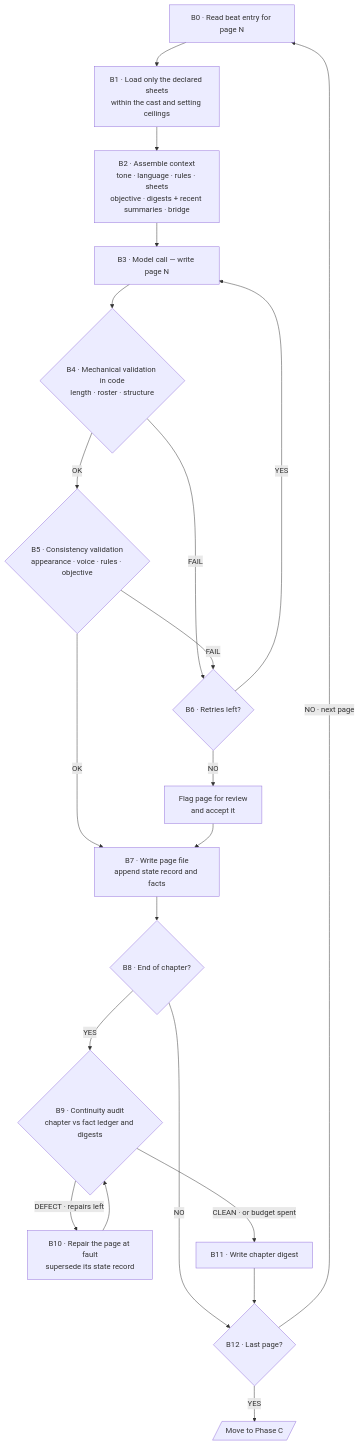
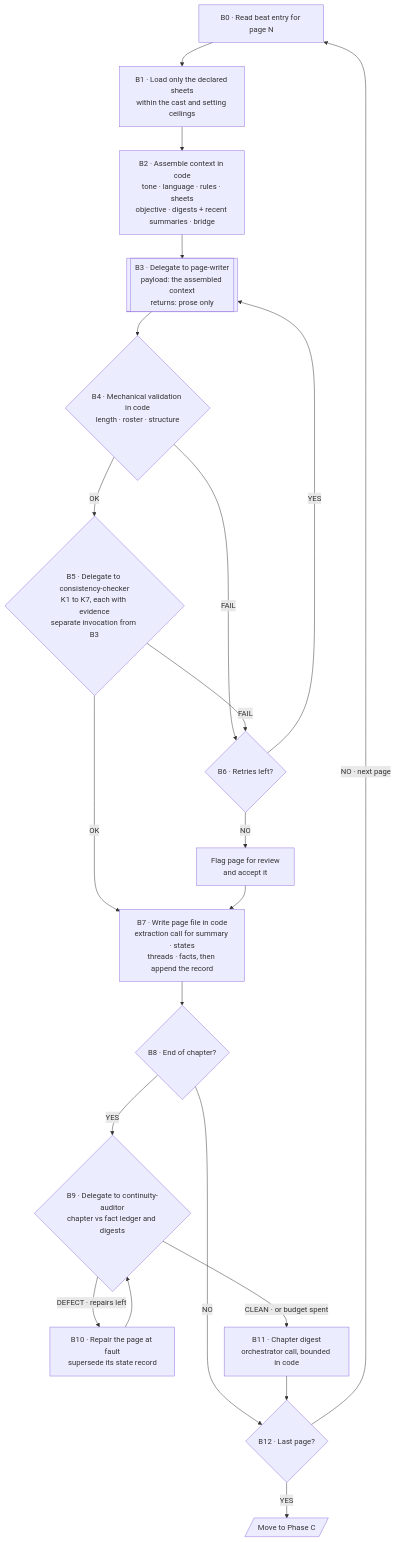
The second of 4 diagrams in specs/functional_specification_story_agent.md (Asieribarz/my-story-marker), drawn with Mermaid before and after one commit. The commit also changed other lines of this file and 8 other files, not shown here.

````diff
--- a/specs/functional_specification_story_agent.md
+++ b/specs/functional_specification_story_agent.md
@@ -226,34 +284,34 @@
 ```mermaid
 flowchart TD
     B0["B0 · Read beat entry for page N"]
     B1["B1 · Load only the declared sheets<br/>within the cast and setting ceilings"]
-    B2["B2 · Assemble context<br/>tone · language · rules · sheets<br/>objective · digests + recent summaries · bridge"]
-    B3["B3 · Model call — write page N"]
+    B2["B2 · Assemble context in code<br/>tone · language · rules · sheets<br/>objective · digests + recent summaries · bridge"]
+    B3[["B3 · Delegate to page-writer<br/>payload: the assembled context<br/>returns: prose only"]]
     B4{"B4 · Mechanical validation in code<br/>length · roster · structure"}
-    B5{"B5 · Consistency validation<br/>appearance · voice · rules · objective"}
+    B5{"B5 · Delegate to consistency-checker<br/>K1 to K7, each with evidence<br/>separate invocation from B3"}
     B6{"B6 · Retries left?"}
     MARK["Flag page for review<br/>and accept it"]
-    B7["B7 · Write page file<br/>append state record and facts"]
+    B7["B7 · Write page file in code<br/>extraction call for summary · states<br/>threads · facts, then append the record"]
     B8{"B8 · End of chapter?"}
-    B9{"B9 · Continuity audit<br/>chapter vs fact ledger and digests"}
+    B9{"B9 · Delegate to continuity-auditor<br/>chapter vs fact ledger and digests"}
     B10["B10 · Repair the page at fault<br/>supersede its state record"]
-    B11["B11 · Write chapter digest"]
+    B11["B11 · Chapter digest<br/>orchestrator call, bounded in code"]
     B12{"B12 · Last page?"}
     FC[/"Move to Phase C"/]
 
     B0 --> B1 --> B2 --> B3 --> B4
     B4 -- FAIL --> B6
     B4 -- OK --> B5
     B5 -- FAIL --> B6
     B5 -- OK --> B7
     B6 -- YES --> B3
     B6 -- NO --> MARK --> B7
     B7 --> B8
     B8 -- YES --> B9
     B8 -- NO --> B12
     B9 -- "DEFECT · repairs left" --> B10
     B10 --> B9
     B9 -- "CLEAN · or budget spent" --> B11 --> B12
     B12 -- "NO · next page" --> B0
     B12 -- YES --> FC
 ```
````
